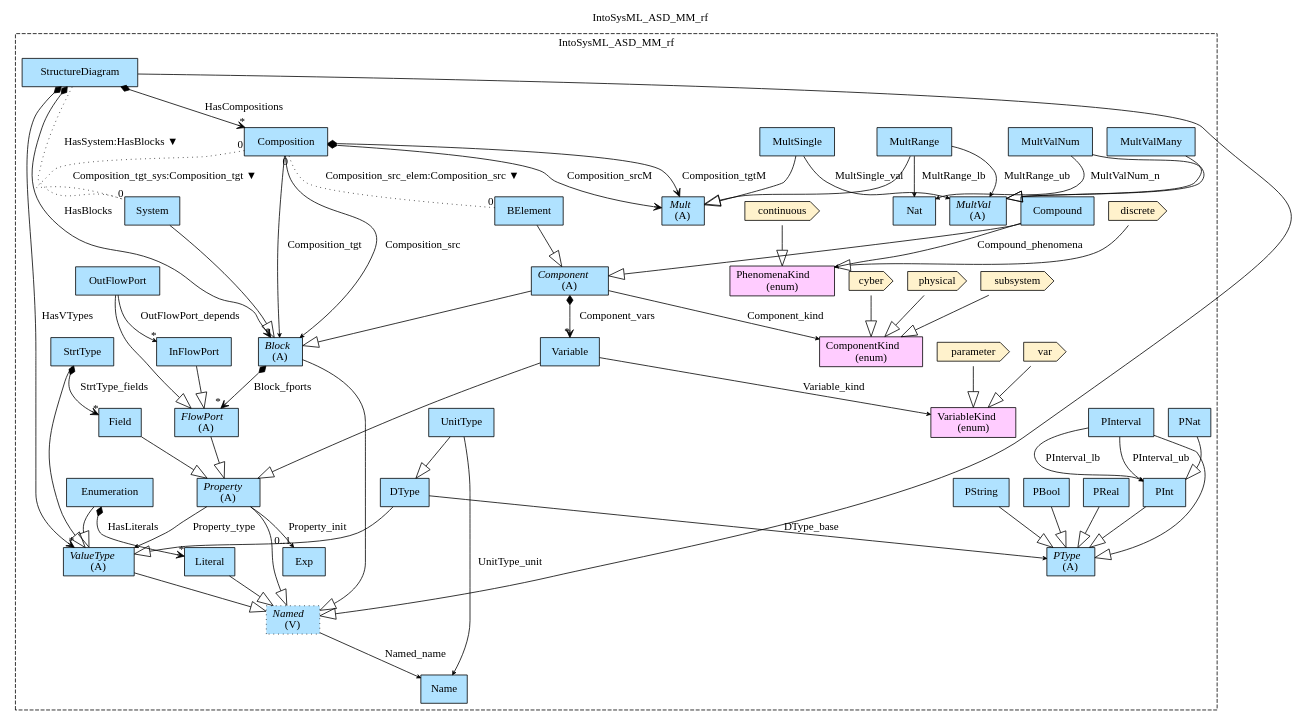
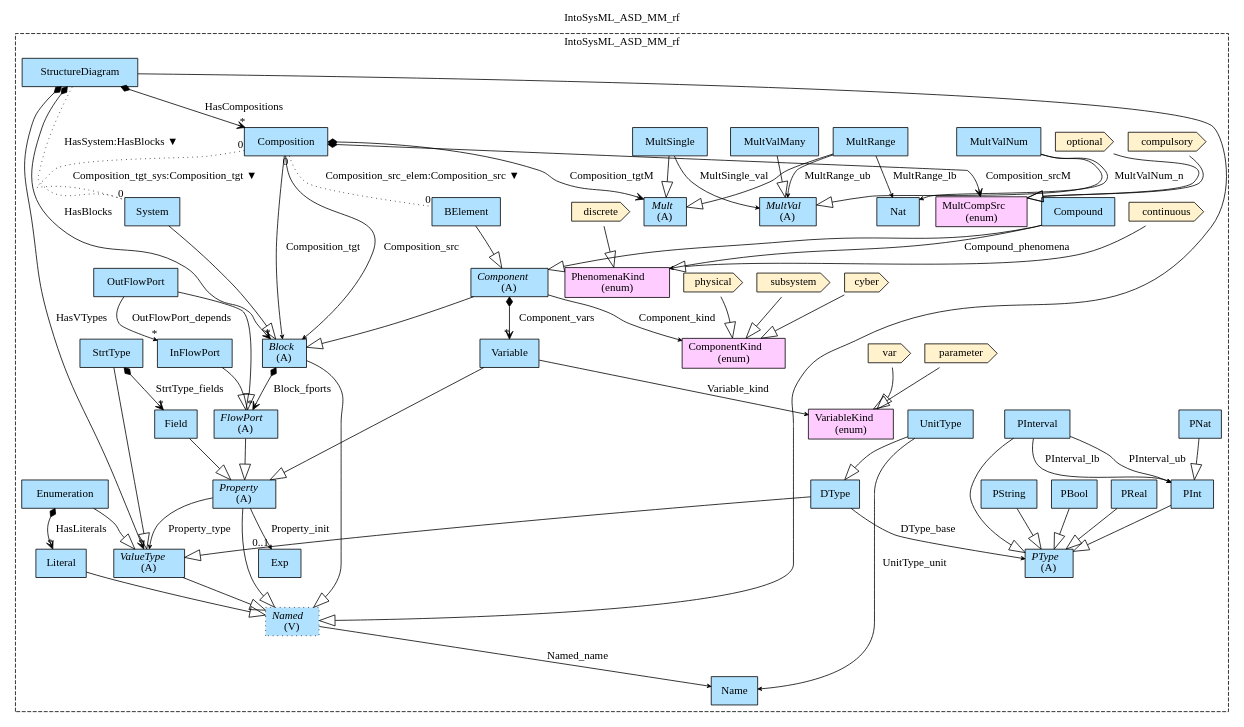
The diagram in Haskell/IntoSysML/MM/img/IntoSysML_ASD_MM_rf.gv (namalio/Fragmenta), drawn with Graphviz before and after one commit. The commit also changed 7 other files, not shown here.

```diff
--- a/Haskell/IntoSysML/MM/img/IntoSysML_ASD_MM_rf.gv
+++ b/Haskell/IntoSysML/MM/img/IntoSysML_ASD_MM_rf.gv
@@ -1,116 +1,121 @@
 digraph {graph[label=IntoSysML_ASD_MM_rf,labelloc=tl,labelfontsize=12];
 subgraph cluster_IntoSysML_ASD_MM_rf{style=dashed;label=IntoSysML_ASD_MM_rf;
 "PNat"[shape=record,fillcolor=lightskyblue1,style = filled,label="PNat"];
 "PReal"[shape=record,fillcolor=lightskyblue1,style = filled,label="PReal"];
 "PBool"[shape=record,fillcolor=lightskyblue1,style = filled,label="PBool"];
 "PString"[shape=record,fillcolor=lightskyblue1,style = filled,label="PString"];
 "PInterval"[shape=record,fillcolor=lightskyblue1,style = filled,label="PInterval"];
 "PInt"[shape=record,fillcolor=lightskyblue1,style = filled,label="PInt"];
 "var"[shape=cds,fillcolor="#FFF2CC",style = filled,label="var"];
 "parameter"[shape=cds,fillcolor="#FFF2CC",style = filled,label="parameter"];
 "VariableKind"[shape=record,fillcolor="#FFCCFF",style = filled,label="VariableKind\l(enum)"];
 "Exp"[shape=record,fillcolor=lightskyblue1,style = filled,label="Exp"];
 "Property"[shape=record,fillcolor=lightskyblue1,style = filled,label=<{<I>Property</I><br/>(A)}>];
 "OutFlowPort"[shape=record,fillcolor=lightskyblue1,style = filled,label="OutFlowPort"];
 "InFlowPort"[shape=record,fillcolor=lightskyblue1,style = filled,label="InFlowPort"];
 "DType"[shape=record,fillcolor=lightskyblue1,style = filled,label="DType"];
 "UnitType"[shape=record,fillcolor=lightskyblue1,style = filled,label="UnitType"];
 "Enumeration"[shape=record,fillcolor=lightskyblue1,style = filled,label="Enumeration"];
 "Literal"[shape=record,fillcolor=lightskyblue1,style = filled,label="Literal"];
 "StrtType"[shape=record,fillcolor=lightskyblue1,style = filled,label="StrtType"];
 "cyber"[shape=cds,fillcolor="#FFF2CC",style = filled,label="cyber"];
 "subsystem"[shape=cds,fillcolor="#FFF2CC",style = filled,label="subsystem"];
 "physical"[shape=cds,fillcolor="#FFF2CC",style = filled,label="physical"];
 "Component"[shape=record,fillcolor=lightskyblue1,style = filled,label=<{<I>Component</I><br/>(A)}>];
 "ComponentKind"[shape=record,fillcolor="#FFCCFF",style = filled,label="ComponentKind\l(enum)"];
 "discrete"[shape=cds,fillcolor="#FFF2CC",style = filled,label="discrete"];
 "continuous"[shape=cds,fillcolor="#FFF2CC",style = filled,label="continuous"];
 "Compound"[shape=record,fillcolor=lightskyblue1,style = filled,label="Compound"];
 "PhenomenaKind"[shape=record,fillcolor="#FFCCFF",style = filled,label="PhenomenaKind\l(enum)"];
+"optional"[shape=cds,fillcolor="#FFF2CC",style = filled,label="optional"];
+"compulsory"[shape=cds,fillcolor="#FFF2CC",style = filled,label="compulsory"];
+"MultCompSrc"[shape=record,fillcolor="#FFCCFF",style = filled,label="MultCompSrc\l(enum)"];
 "Mult"[shape=record,fillcolor=lightskyblue1,style = filled,label=<{<I>Mult</I><br/>(A)}>];
 "MultValMany"[shape=record,fillcolor=lightskyblue1,style = filled,label="MultValMany"];
 "MultValNum"[shape=record,fillcolor=lightskyblue1,style = filled,label="MultValNum"];
 "Nat"[shape=record,fillcolor=lightskyblue1,style = filled,label="Nat"];
 "MultSingle"[shape=record,fillcolor=lightskyblue1,style = filled,label="MultSingle"];
 "MultRange"[shape=record,fillcolor=lightskyblue1,style = filled,label="MultRange"];
 "MultVal"[shape=record,fillcolor=lightskyblue1,style = filled,label=<{<I>MultVal</I><br/>(A)}>];
 "ValueType"[shape=record,fillcolor=lightskyblue1,style = filled,label=<{<I>ValueType</I><br/>(A)}>];
 "Named"[shape=record,fillcolor=lightskyblue1,style ="filled,dotted",label=<{<I>Named</I><br/>(V)}>];
 "Field"[shape=record,fillcolor=lightskyblue1,style = filled,label="Field"];
 "PType"[shape=record,fillcolor=lightskyblue1,style = filled,label=<{<I>PType</I><br/>(A)}>];
 "Name"[shape=record,fillcolor=lightskyblue1,style = filled,label="Name"];
 "FlowPort"[shape=record,fillcolor=lightskyblue1,style = filled,label=<{<I>FlowPort</I><br/>(A)}>];
 "Variable"[shape=record,fillcolor=lightskyblue1,style = filled,label="Variable"];
 "Block"[shape=record,fillcolor=lightskyblue1,style = filled,label=<{<I>Block</I><br/>(A)}>];
 "StructureDiagram"[shape=record,fillcolor=lightskyblue1,style = filled,label="StructureDiagram"];
 "System"[shape=record,fillcolor=lightskyblue1,style = filled,label="System"];
 "Composition"[shape=record,fillcolor=lightskyblue1,style = filled,label="Composition"];
 "BElement"[shape=record,fillcolor=lightskyblue1,style = filled,label="BElement"];
 
 "Named"->"Name"[label="Named_name",arrowhead=vee,headlabel="",arrowsize=.5];
 "PNat"->"PInt"[arrowhead=onormal,arrowsize=2.0];
 "PInt"->"PType"[arrowhead=onormal,arrowsize=2.0];
 "PInterval"->"PType"[arrowhead=onormal,arrowsize=2.0];
 "PReal"->"PType"[arrowhead=onormal,arrowsize=2.0];
 "PBool"->"PType"[arrowhead=onormal,arrowsize=2.0];
 "PString"->"PType"[arrowhead=onormal,arrowsize=2.0];
 "PInterval"->"PInt"[label="PInterval_lb",arrowhead=vee,headlabel="",arrowsize=.5];
 "PInterval"->"PInt"[label="PInterval_ub",arrowhead=vee,headlabel="",arrowsize=.5];
 "StructureDiagram"->"Block"[label="HasBlocks",arrowhead=vee,arrowtail=diamond,dir=both,headlabel="*"];
 "StructureDiagram"->"ValueType"[label="HasVTypes",arrowhead=vee,arrowtail=diamond,dir=both,headlabel="*"];
 "StructureDiagram"->"Composition"[label="HasCompositions",arrowhead=vee,arrowtail=diamond,dir=both,headlabel="*"];
 "StructureDiagram"->"Named"[arrowhead=onormal,arrowsize=2.0];
 "Block"->"Named"[arrowhead=onormal,arrowsize=2.0];
 "ValueType"->"Named"[arrowhead=onormal,arrowsize=2.0];
 "var"->"VariableKind"[arrowhead=onormal,arrowsize=2.0];
 "parameter"->"VariableKind"[arrowhead=onormal,arrowsize=2.0];
 "Variable"->"VariableKind"[label="Variable_kind",arrowhead=vee,headlabel="",arrowsize=.5];
 "Property"->"ValueType"[label="Property_type",arrowhead=vee,headlabel="",arrowsize=.5];
 "Property"->"Exp"[label="Property_init",arrowhead=vee,headlabel="0..1",arrowsize=.5];
 "Property"->"Named"[arrowhead=onormal,arrowsize=2.0];
 "Field"->"Property"[arrowhead=onormal,arrowsize=2.0];
 "FlowPort"->"Property"[arrowhead=onormal,arrowsize=2.0];
 "Variable"->"Property"[arrowhead=onormal,arrowsize=2.0];
 "InFlowPort"->"FlowPort"[arrowhead=onormal,arrowsize=2.0];
 "OutFlowPort"->"FlowPort"[arrowhead=onormal,arrowsize=2.0];
 "OutFlowPort"->"InFlowPort"[label="OutFlowPort_depends",arrowhead=vee,headlabel="*",arrowsize=.5];
 "DType"->"PType"[label="DType_base",arrowhead=vee,headlabel="",arrowsize=.5];
 "DType"->"ValueType"[arrowhead=onormal,arrowsize=2.0];
 "UnitType"->"DType"[arrowhead=onormal,arrowsize=2.0];
 "UnitType"->"Name"[label="UnitType_unit",arrowhead=vee,headlabel="",arrowsize=.5];
 "Enumeration"->"Literal"[label="HasLiterals",arrowhead=vee,arrowtail=diamond,dir=both,headlabel="*"];
 "Enumeration"->"ValueType"[arrowhead=onormal,arrowsize=2.0];
 "StrtType"->"ValueType"[arrowhead=onormal,arrowsize=2.0];
 "Literal"->"Named"[arrowhead=onormal,arrowsize=2.0];
 "StrtType"->"Field"[label="StrtType_fields",arrowhead=vee,arrowtail=diamond,dir=both,headlabel="*"];
 "System"->"Block"[arrowhead=onormal,arrowsize=2.0];
 "Component"->"Block"[arrowhead=onormal,arrowsize=2.0];
 "Block"->"FlowPort"[label="Block_fports",arrowhead=vee,arrowtail=diamond,dir=both,headlabel="*"];
 "Component"->"Variable"[label="Component_vars",arrowhead=vee,arrowtail=diamond,dir=both,headlabel="*"];
 "Compound"->"Component"[arrowhead=onormal,arrowsize=2.0];
 "BElement"->"Component"[arrowhead=onormal,arrowsize=2.0];
 "cyber"->"ComponentKind"[arrowhead=onormal,arrowsize=2.0];
 "subsystem"->"ComponentKind"[arrowhead=onormal,arrowsize=2.0];
 "physical"->"ComponentKind"[arrowhead=onormal,arrowsize=2.0];
 "Component"->"ComponentKind"[label="Component_kind",arrowhead=vee,headlabel="",arrowsize=.5];
 "discrete"->"PhenomenaKind"[arrowhead=onormal,arrowsize=2.0];
 "continuous"->"PhenomenaKind"[arrowhead=onormal,arrowsize=2.0];
 "Compound"->"PhenomenaKind"[label="Compound_phenomena",arrowhead=vee,headlabel="",arrowsize=.5];
 "Composition"->"Block"[label="Composition_src",arrowhead=vee,headlabel="",arrowsize=.5];
 "Composition"->"Block"[label="Composition_tgt",arrowhead=vee,headlabel="",arrowsize=.5];
-"Composition"->"Mult"[label="Composition_srcM",arrowhead=vee,arrowtail=diamond,dir=both,headlabel=""];
+"optional"->"MultCompSrc"[arrowhead=onormal,arrowsize=2.0];
+"compulsory"->"MultCompSrc"[arrowhead=onormal,arrowsize=2.0];
+"Composition"->"MultCompSrc"[label="Composition_srcM",arrowhead=vee,arrowtail=diamond,dir=both,headlabel=""];
 "Composition"->"Mult"[label="Composition_tgtM",arrowhead=vee,arrowtail=diamond,dir=both,headlabel=""];
 "MultSingle"->"Mult"[arrowhead=onormal,arrowsize=2.0];
 "MultRange"->"Mult"[arrowhead=onormal,arrowsize=2.0];
 "MultValNum"->"MultVal"[arrowhead=onormal,arrowsize=2.0];
 "MultValMany"->"MultVal"[arrowhead=onormal,arrowsize=2.0];
 "MultRange"->"Nat"[label="MultRange_lb",arrowhead=vee,headlabel="",arrowsize=.5];
 "MultValNum"->"Nat"[label="MultValNum_n",arrowhead=vee,headlabel="",arrowsize=.5];
 "MultSingle"->"MultVal"[label="MultSingle_val",arrowhead=vee,headlabel="",arrowsize=.5];
 "MultRange"->"MultVal"[label="MultRange_ub",arrowhead=vee,headlabel="",arrowsize=.5];
 "StructureDiagram"->"System"[label="HasSystem:HasBlocks ▼",dir=none,taillabel="",headlabel="",style=dotted];
 "Composition"->"System"[label="Composition_tgt_sys:Composition_tgt ▼",dir=none,taillabel="0",headlabel="0",style=dotted];
 "Composition"->"BElement"[label="Composition_src_elem:Composition_src ▼",dir=none,taillabel="0",headlabel="0",style=dotted];
 
 }
 }
```
